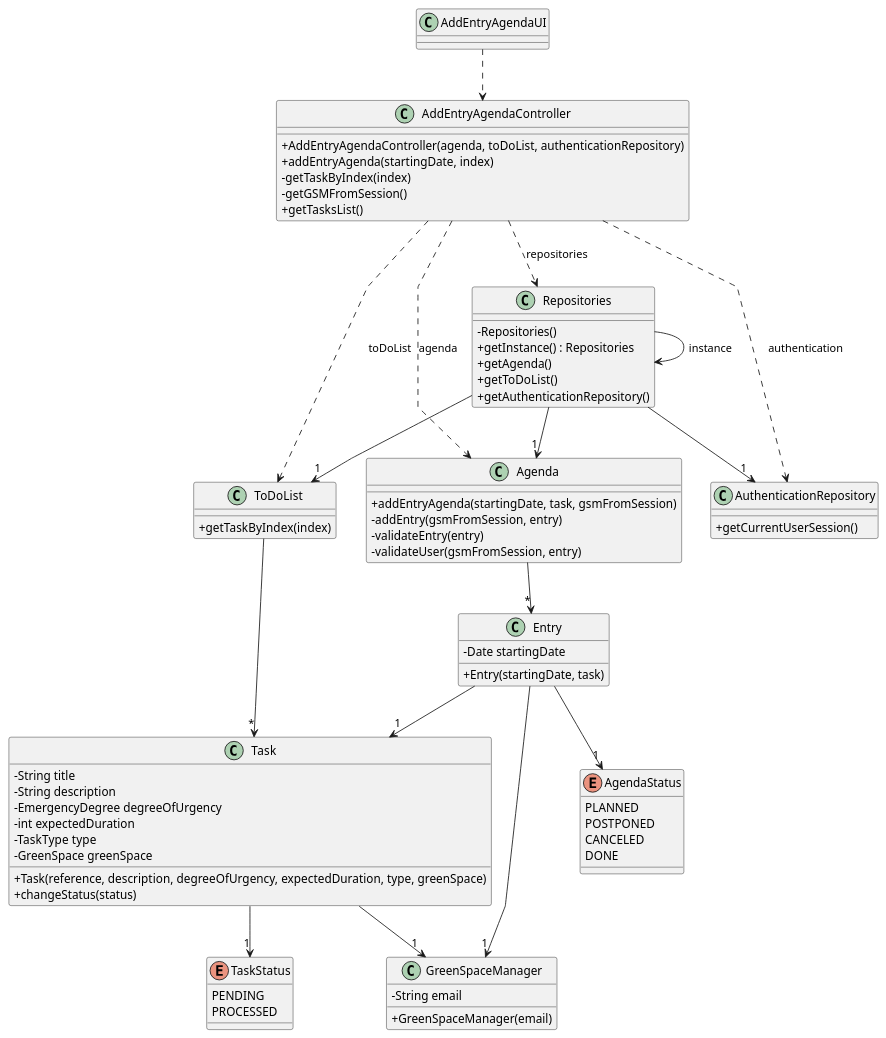
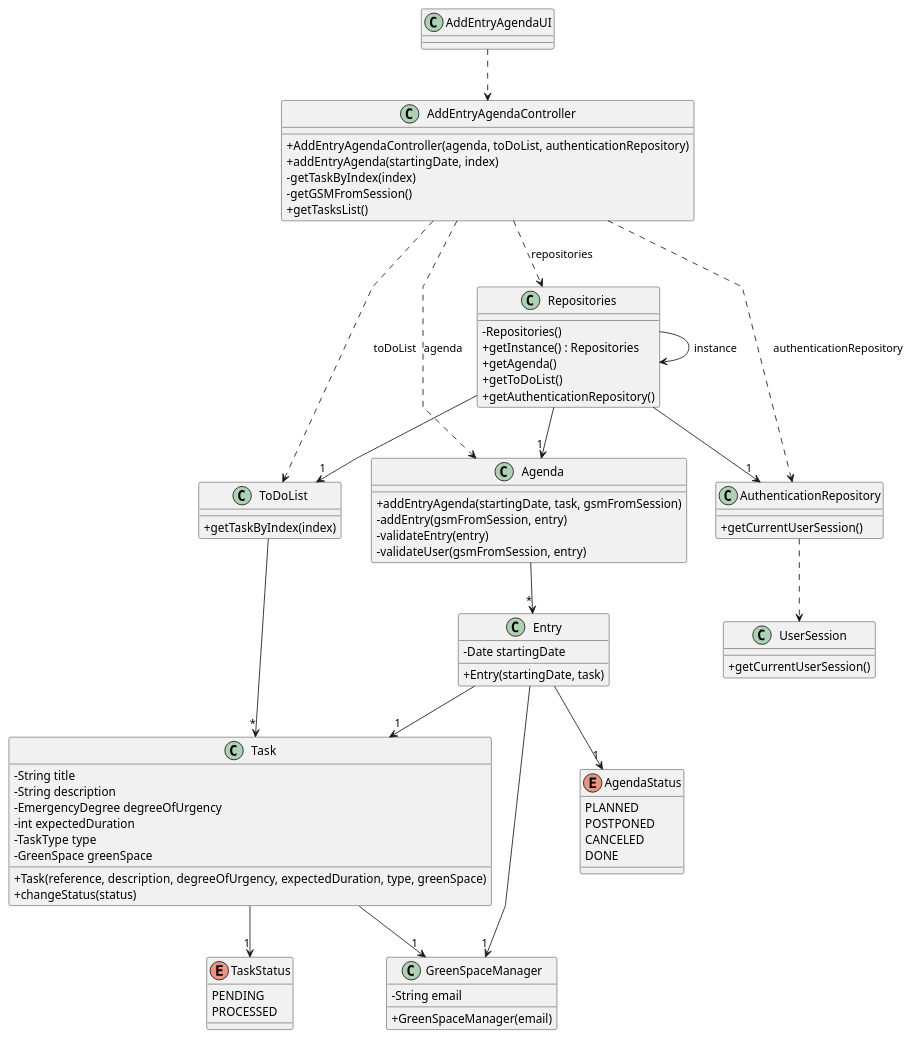
One commit to daniel41silva05/ISEP_2023_2024_LAPR2 changed the diagram in docs/sprintA&B&C/us022/03.design/puml/us022-class-diagram.puml. Above: the diagram before and after it, drawn with PlantUML. The commit also changed 13 other files, not shown here.

Commit message:
Update US23 - Requirements engineering + Domain Model + Class Diagram #11

```diff
--- a/docs/sprintA&B&C/us022/03.design/puml/us022-class-diagram.puml
+++ b/docs/sprintA&B&C/us022/03.design/puml/us022-class-diagram.puml
@@ -1,96 +1,101 @@
 @startuml
 'skinparam monochrome true
 skinparam packageStyle rectangle
 skinparam shadowing false
 skinparam linetype polyline
 'skinparam linetype orto
 
 skinparam classAttributeIconSize 0
 
 'left to right direction
 
 class AddEntryAgendaUI {
 }
 
 class AddEntryAgendaController {
     +AddEntryAgendaController(agenda, toDoList, authenticationRepository)
     +addEntryAgenda(startingDate, index)
     -getTaskByIndex(index)
     -getGSMFromSession()
     +getTasksList()
 }
 
 class Agenda {
     +addEntryAgenda(startingDate, task, gsmFromSession)
     -addEntry(gsmFromSession, entry)
     -validateEntry(entry)
     -validateUser(gsmFromSession, entry)
 }
 
 class Entry {
     -Date startingDate
     +Entry(startingDate, task)
 }
 
 class ToDoList {
     +getTaskByIndex(index)
 }
 
 class Task {
     -String title
     -String description
     -EmergencyDegree degreeOfUrgency
     -int expectedDuration
     -TaskType type
     -GreenSpace greenSpace
     +Task(reference, description, degreeOfUrgency, expectedDuration, type, greenSpace)
     +changeStatus(status)
 }
 
 class Repositories{
     - Repositories()
     + getInstance() : Repositories
     + getAgenda()
     + getToDoList()
     + getAuthenticationRepository()
 }
 
 enum AgendaStatus {
     PLANNED
     POSTPONED
     CANCELED
     DONE
 }
 
 enum TaskStatus {
     PENDING
     PROCESSED
 }
 
 class AuthenticationRepository {
     +getCurrentUserSession()
 }
 
+class UserSession {
+    +getCurrentUserSession()
+}
+
 class GreenSpaceManager {
     -String email
     +GreenSpaceManager(email)
 }
 
 AddEntryAgendaUI ..> AddEntryAgendaController
 AddEntryAgendaController ..> Repositories: repositories
 AddEntryAgendaController ..> Agenda: agenda
 AddEntryAgendaController ..> ToDoList: toDoList
-AddEntryAgendaController ..> AuthenticationRepository: authentication
+AddEntryAgendaController ..> AuthenticationRepository: authenticationRepository
+AuthenticationRepository ..> UserSession
 Repositories --> Repositories: instance
 Repositories --> "1" Agenda
 Repositories --> "1" ToDoList
 Repositories --> "1" AuthenticationRepository
 Agenda --> "*" Entry
 ToDoList --> "*" Task
 Entry --> "1" Task
 Entry --> "1" AgendaStatus
 Task --> "1" TaskStatus
 Entry --> "1" GreenSpaceManager
 Task --> "1" GreenSpaceManager
 
 @enduml
```
